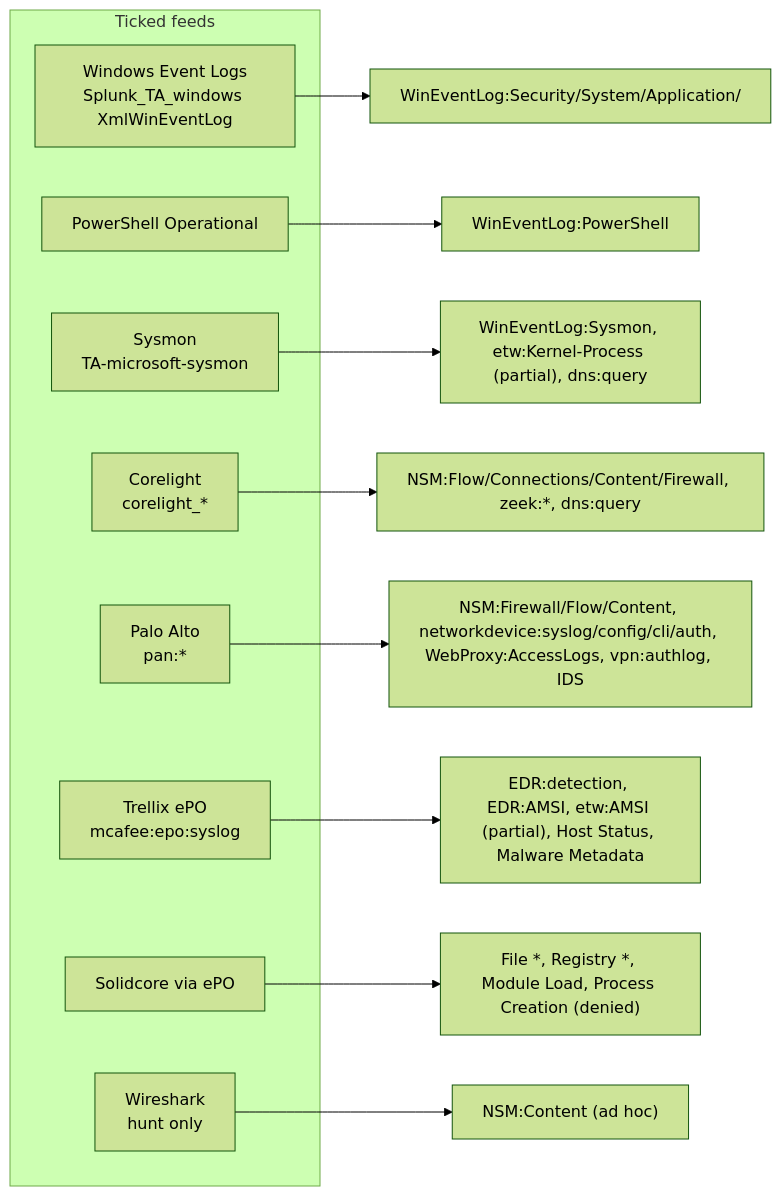
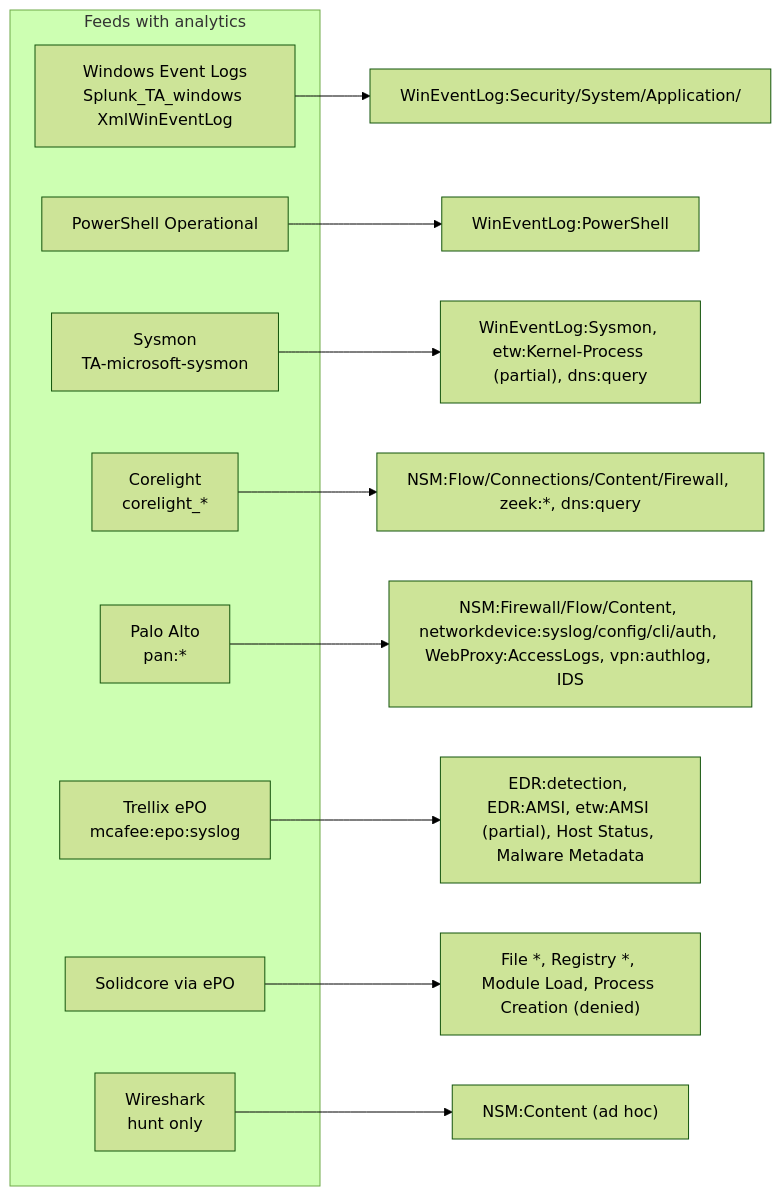
Before and after one commit to dev-nobytes-io/mitre-defensive-mappings-spl: the diagram in docs/data-sources.md, drawn with Mermaid (forest theme). The commit also changed other lines of this file and 366 other files, not shown here.

````diff
--- a/docs/data-sources.md
+++ b/docs/data-sources.md
@@ -5,21 +5,21 @@
 ```mermaid
 flowchart LR
-  subgraph have [Ticked feeds]
+  subgraph content [Feeds with analytics]
     WIN[Windows Event Logs<br/>Splunk_TA_windows XmlWinEventLog]
     PS[PowerShell Operational]
     SYS[Sysmon<br/>TA-microsoft-sysmon]
     CL[Corelight<br/>corelight_*]
     PAN[Palo Alto<br/>pan:*]
     EPO[Trellix ePO<br/>mcafee:epo:syslog]
     SC[Solidcore via ePO]
     WS[Wireshark<br/>hunt only]
   end
   WIN --> A1["WinEventLog:Security/System/Application/<channel>"]
   PS --> A2["WinEventLog:PowerShell"]
   SYS --> A3["WinEventLog:Sysmon, etw:Kernel-Process (partial), dns:query"]
   CL --> A4["NSM:Flow/Connections/Content/Firewall, zeek:*, dns:query"]
   PAN --> A5["NSM:Firewall/Flow/Content, networkdevice:syslog/config/cli/auth, WebProxy:AccessLogs, vpn:authlog, IDS"]
   EPO --> A6["EDR:detection, EDR:AMSI, etw:AMSI (partial), Host Status, Malware Metadata"]
   SC --> A7["File *, Registry *, Module Load, Process Creation (denied)"]
   WS --> A8["NSM:Content (ad hoc)"]
 ```
````
